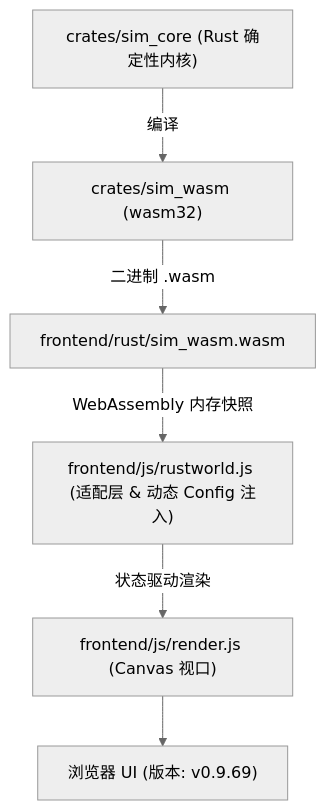
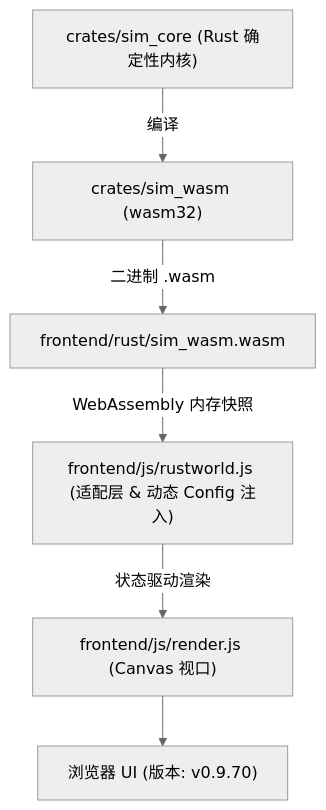
Before and after one commit to g39088902/FlowAndAccord: the diagram in AGENTS.md, drawn with Mermaid (neutral theme). The commit also changed other lines of this file and 4 other files, not shown here.

````diff
--- a/AGENTS.md
+++ b/AGENTS.md
@@ -44,8 +44,8 @@
 ```mermaid
 graph TD
     A["crates/sim_core (Rust 确定性内核)"] -->|编译| B["crates/sim_wasm (wasm32)"]
     B -->|二进制 .wasm| C["frontend/rust/sim_wasm.wasm"]
     C -->|WebAssembly 内存快照| D["frontend/js/rustworld.js (适配层 & 动态 Config 注入)"]
     D -->|状态驱动渲染| E["frontend/js/render.js (Canvas 视口)"]
-    E --> F["浏览器 UI (版本: v0.9.69)"]
+    E --> F["浏览器 UI (版本: v0.9.70)"]
 ```
````
